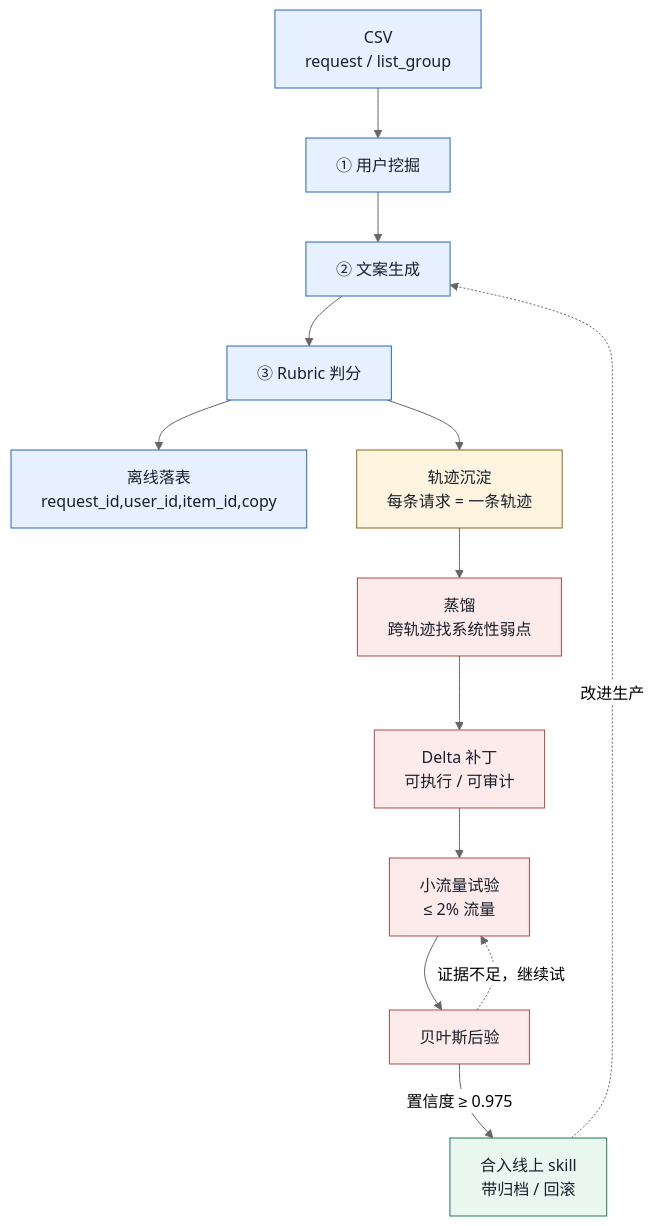
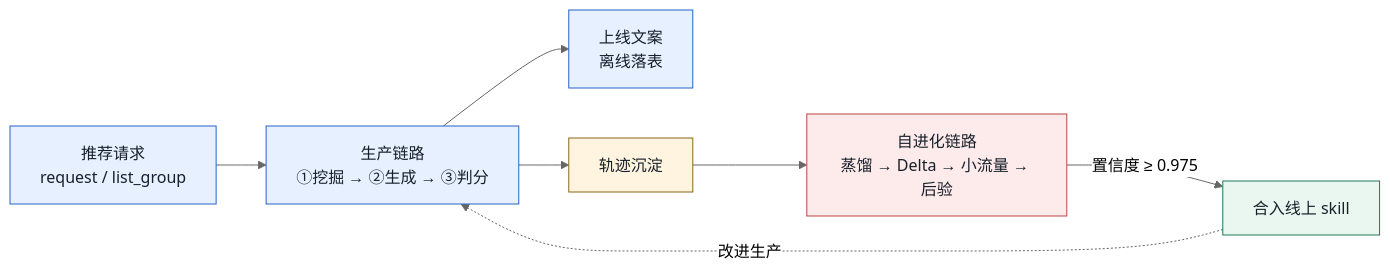
Before and after one commit to AI3-GenAI4Sci/VIP_Copy: the first of 3 diagrams in README.md, drawn with Mermaid (neutral theme). The commit also changed other lines of this file, not shown here.

First line of the commit message:
docs: slim README diagrams to compact horizontal overviews

````diff
--- a/README.md
+++ b/README.md
@@ -17,24 +17,18 @@
 ```mermaid
-flowchart TB
-    CSV["CSV<br/>request / list_group"] --> N1["① 用户挖掘"]
-    N1 --> N2["② 文案生成"]
-    N2 --> N3["③ Rubric 判分"]
-    N3 --> OUT["离线落表<br/>request_id,user_id,item_id,copy"]
-    N3 --> TRAJ["轨迹沉淀<br/>每条请求 = 一条轨迹"]
-    TRAJ --> DIS["蒸馏<br/>跨轨迹找系统性弱点"]
-    DIS --> DELTA["Delta 补丁<br/>可执行 / 可审计"]
-    DELTA --> TRIAL["小流量试验<br/>≤ 2% 流量"]
-    TRIAL --> POST["贝叶斯后验"]
-    POST -- "置信度 ≥ 0.975" --> PROM["合入线上 skill<br/>带归档 / 回滚"]
-    PROM -. "改进生产" .-> N2
-    POST -. "证据不足，继续试" .-> TRIAL
+flowchart LR
+    REQ["推荐请求<br/>request / list_group"] --> PROD["生产链路<br/>①挖掘 → ②生成 → ③判分"]
+    PROD --> OUT["上线文案<br/>离线落表"]
+    PROD --> TRAJ["轨迹沉淀"]
+    TRAJ --> EVO["自进化链路<br/>蒸馏 → Delta → 小流量 → 后验"]
+    EVO -- "置信度 ≥ 0.975" --> PROM["合入线上 skill"]
+    PROM -. "改进生产" .-> PROD
 
     classDef prod fill:#e7f0ff,stroke:#2764c8,color:#17202a;
     classDef evo fill:#fdeaea,stroke:#b84745,color:#17202a;
     classDef bridge fill:#fff4df,stroke:#8a681c,color:#17202a;
     classDef pass fill:#eaf7f1,stroke:#20785a,color:#17202a;
-    class CSV,N1,N2,N3,OUT prod;
-    class DIS,DELTA,TRIAL,POST evo;
+    class REQ,PROD,OUT prod;
+    class EVO evo;
     class TRAJ bridge;
     class PROM pass;
 ```
````
